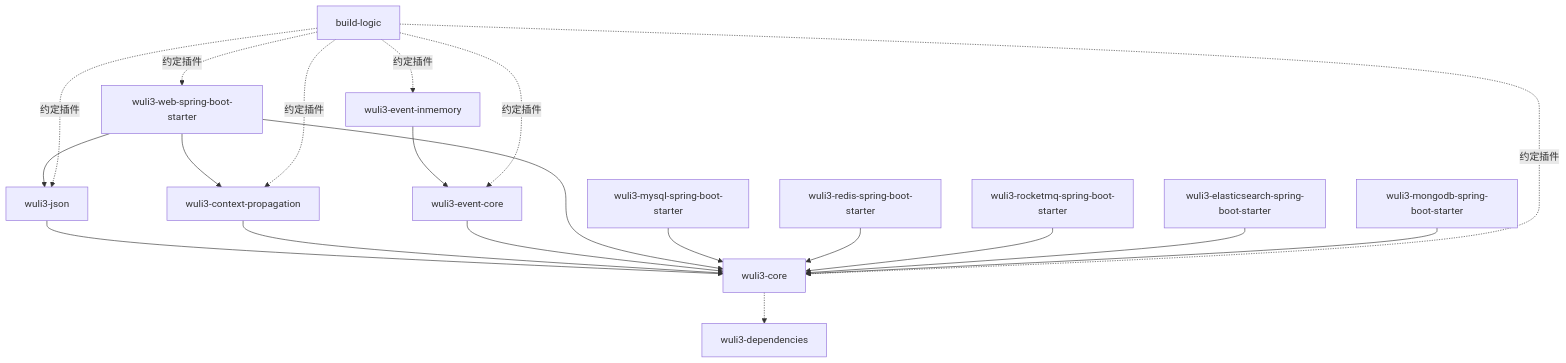
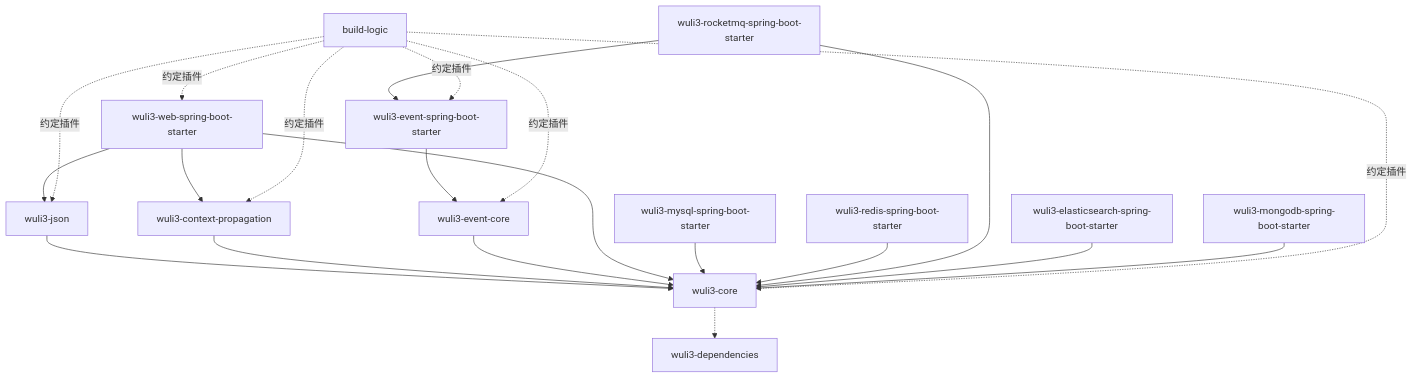
Before and after one commit to Y-cs/wuli3-gradle: the diagram in docs/01-project-overview.md, drawn with Mermaid. The commit also changed other lines of this file and 52 other files, not shown here.

First line of the commit message:
feat(event): 重构事件机制为纯 Java 领域模型与 Spring 发布分离

````diff
--- a/docs/01-project-overview.md
+++ b/docs/01-project-overview.md
@@ -34,39 +34,40 @@
 ```mermaid
 flowchart TB
     BuildLogic[build-logic]
     BOM[wuli3-dependencies]
 
     Core[wuli3-core]
     Json[wuli3-json]
     Context[wuli3-context-propagation]
     EventCore[wuli3-event-core]
-    EventMemory[wuli3-event-inmemory]
+    EventStarter[wuli3-event-spring-boot-starter]
 
     Web[wuli3-web-spring-boot-starter]
     Mysql[wuli3-mysql-spring-boot-starter]
     Redis[wuli3-redis-spring-boot-starter]
     Rocket[wuli3-rocketmq-spring-boot-starter]
     Elastic[wuli3-elasticsearch-spring-boot-starter]
     Mongo[wuli3-mongodb-spring-boot-starter]
 
     Core -.-> BOM
     Json --> Core
     Context --> Core
     EventCore --> Core
-    EventMemory --> EventCore
+    EventStarter --> EventCore
     Web --> Core
     Web --> Json
     Web --> Context
     Mysql --> Core
     Redis --> Core
+    Rocket --> EventStarter
     Rocket --> Core
     Elastic --> Core
     Mongo --> Core
 
     BuildLogic -.约定插件.-> Core
     BuildLogic -.约定插件.-> Json
     BuildLogic -.约定插件.-> Context
     BuildLogic -.约定插件.-> EventCore
-    BuildLogic -.约定插件.-> EventMemory
+    BuildLogic -.约定插件.-> EventStarter
     BuildLogic -.约定插件.-> Web
 ```
````
